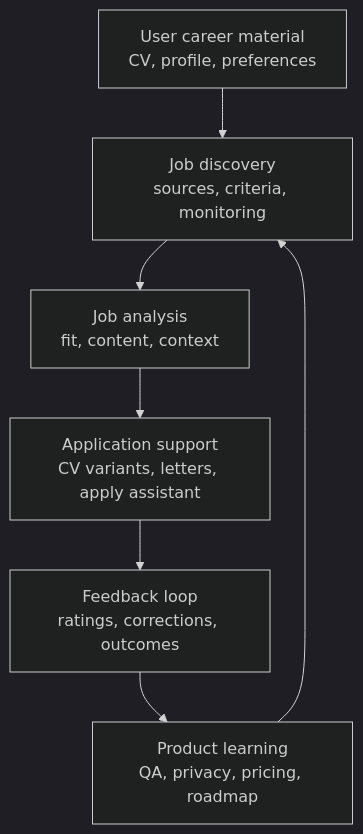
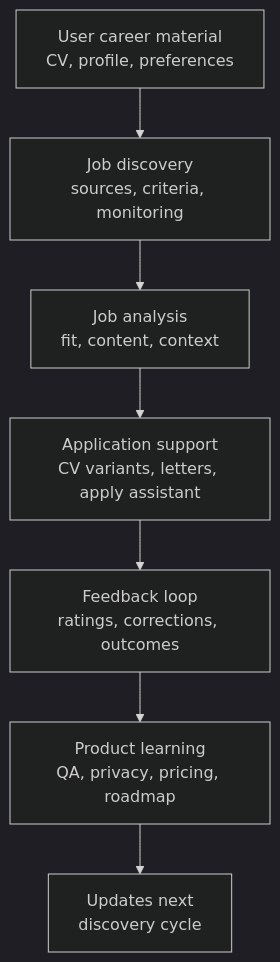
Before and after one commit to marcus-uden-dev/ai-native-proof-of-work: the diagram in case-studies/JOB_AGENT_CASE_STUDY.md, drawn with Mermaid (dark theme). The commit also changed other lines of this file and 8 other files, not shown here.

Commit message:
Fix GitHub Mermaid clipping in workflow diagrams

````diff
--- a/case-studies/JOB_AGENT_CASE_STUDY.md
+++ b/case-studies/JOB_AGENT_CASE_STUDY.md
@@ -40,9 +40,9 @@
 ```mermaid
 flowchart TD
     A["User career material<br/>CV, profile, preferences"] --> B["Job discovery<br/>sources, criteria, monitoring"]
     B --> C["Job analysis<br/>fit, content, context"]
     C --> D["Application support<br/>CV variants, letters, apply assistant"]
     D --> E["Feedback loop<br/>ratings, corrections, outcomes"]
     E --> F["Product learning<br/>QA, privacy, pricing, roadmap"]
-    F --> B
+    F --> G["Updates next<br/>discovery cycle"]
 ```
````
